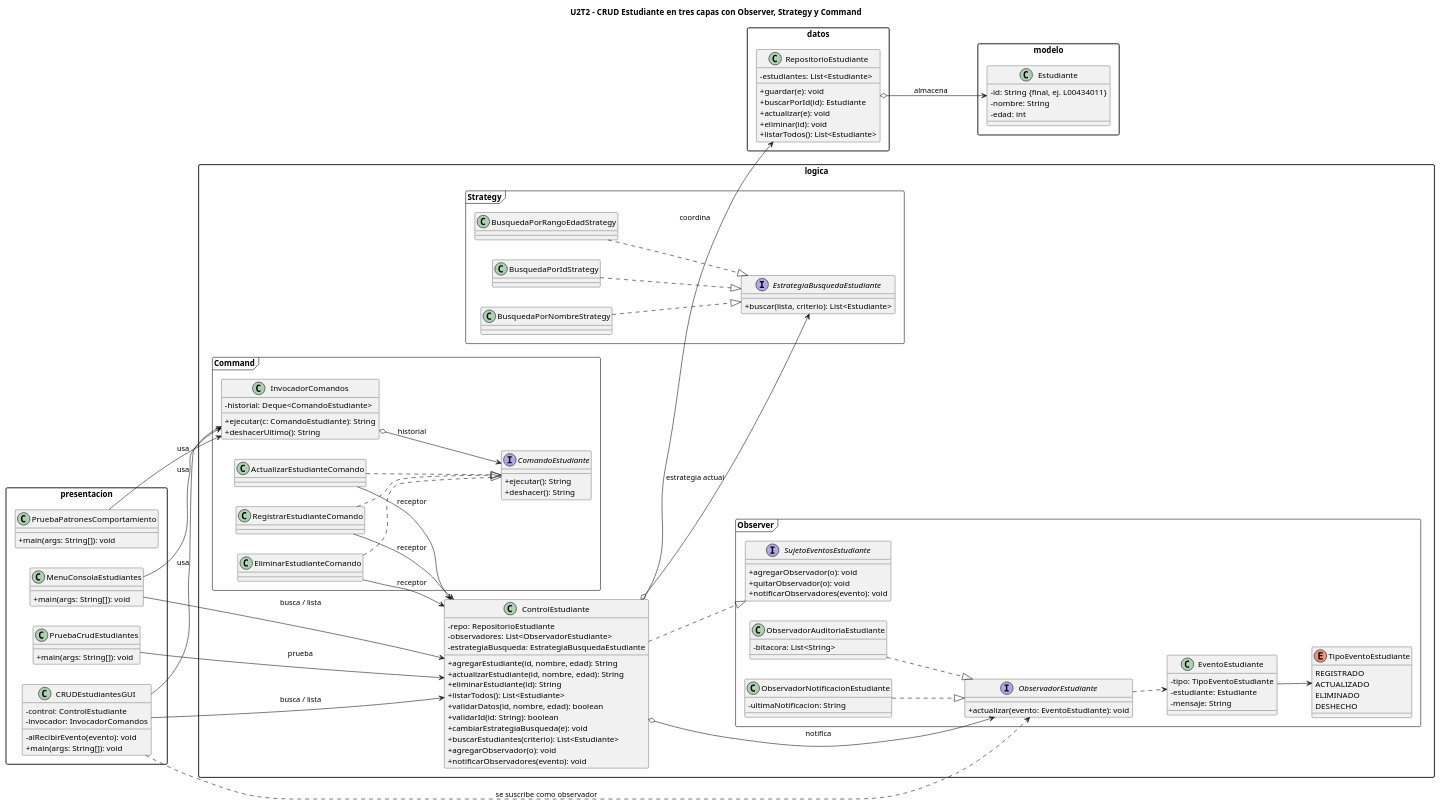
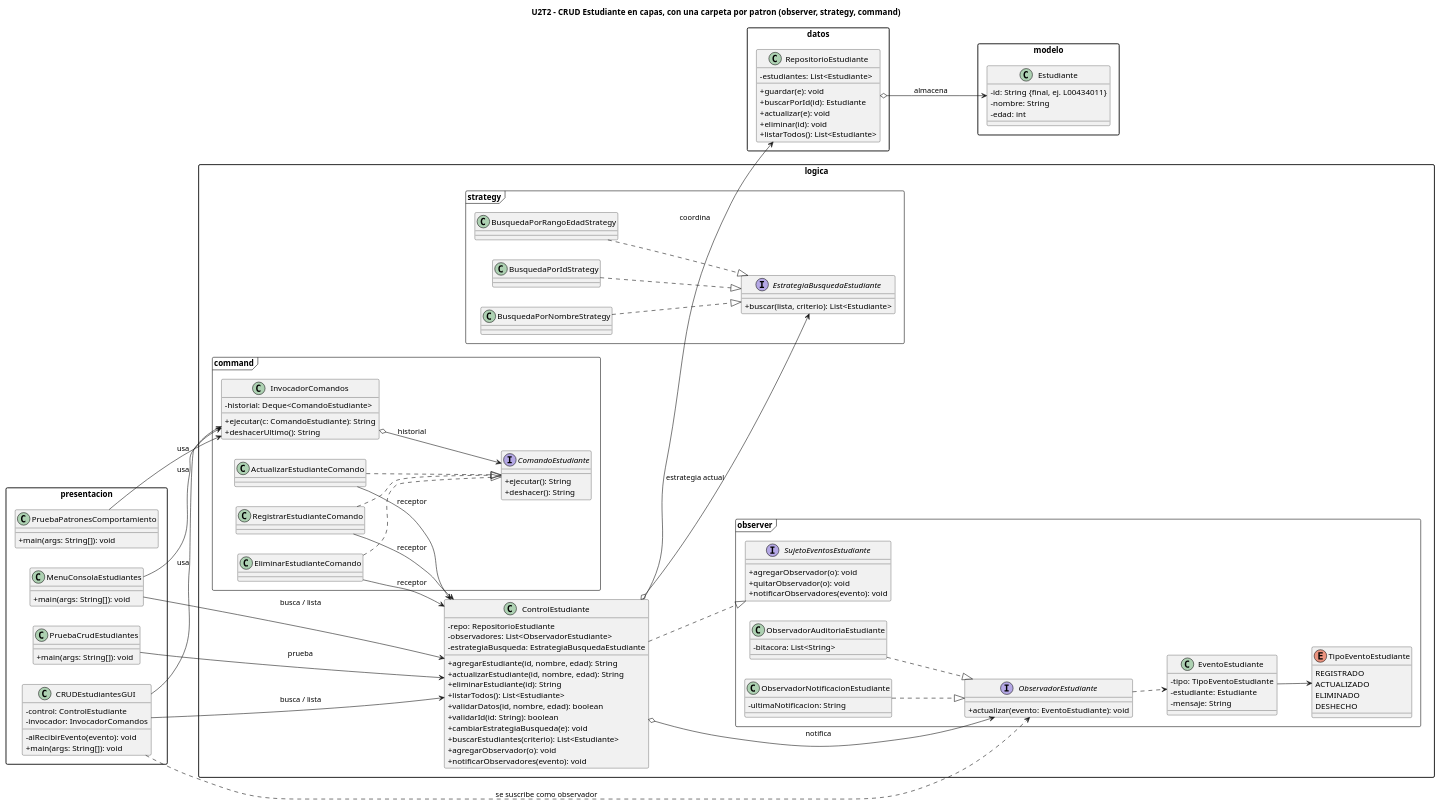
The diagram in PROYECTO/2. DISEÑOS/U2T2/diagrama_patrones_comportamiento.puml (Ricardo-lainez/RicardoLainez36838_G5_ADSW), drawn with PlantUML before and after one commit. The commit also changed 30 other files, not shown here.

Commit message:
U2T2: una carpeta por patron (observer, strategy, command) e informe actualizado

```diff
--- a/PROYECTO/2. DISEÑOS/U2T2/diagrama_patrones_comportamiento.puml
+++ b/PROYECTO/2. DISEÑOS/U2T2/diagrama_patrones_comportamiento.puml
@@ -1,149 +1,149 @@
 @startuml
-title U2T2 - CRUD Estudiante en tres capas con Observer, Strategy y Command
+title U2T2 - CRUD Estudiante en capas, con una carpeta por patron (observer, strategy, command)
 
 skinparam packageStyle rectangle
 skinparam classAttributeIconSize 0
 skinparam shadowing false
 left to right direction
 
 package "presentacion" {
   class PruebaCrudEstudiantes {
     + main(args: String[]): void
   }
   class PruebaPatronesComportamiento {
     + main(args: String[]): void
   }
   class MenuConsolaEstudiantes {
     + main(args: String[]): void
   }
   class CRUDEstudiantesGUI {
     - control: ControlEstudiante
     - invocador: InvocadorComandos
     - alRecibirEvento(evento): void
     + main(args: String[]): void
   }
 }
 
 package "logica" {
   class ControlEstudiante {
     - repo: RepositorioEstudiante
     - observadores: List<ObservadorEstudiante>
     - estrategiaBusqueda: EstrategiaBusquedaEstudiante
     + agregarEstudiante(id, nombre, edad): String
     + actualizarEstudiante(id, nombre, edad): String
     + eliminarEstudiante(id): String
     + listarTodos(): List<Estudiante>
     + validarDatos(id, nombre, edad): boolean
     + validarId(id: String): boolean
     + cambiarEstrategiaBusqueda(e): void
     + buscarEstudiantes(criterio): List<Estudiante>
     + agregarObservador(o): void
     + notificarObservadores(evento): void
   }
 
-  package "Observer" <<Frame>> {
+  package "observer" <<Frame>> {
     interface SujetoEventosEstudiante {
       + agregarObservador(o): void
       + quitarObservador(o): void
       + notificarObservadores(evento): void
     }
     interface ObservadorEstudiante {
       + actualizar(evento: EventoEstudiante): void
     }
     class ObservadorAuditoriaEstudiante {
       - bitacora: List<String>
     }
     class ObservadorNotificacionEstudiante {
       - ultimaNotificacion: String
     }
     class EventoEstudiante {
       - tipo: TipoEventoEstudiante
       - estudiante: Estudiante
       - mensaje: String
     }
     enum TipoEventoEstudiante {
       REGISTRADO
       ACTUALIZADO
       ELIMINADO
       DESHECHO
     }
   }
 
-  package "Strategy" <<Frame>> {
+  package "strategy" <<Frame>> {
     interface EstrategiaBusquedaEstudiante {
       + buscar(lista, criterio): List<Estudiante>
     }
     class BusquedaPorIdStrategy
     class BusquedaPorNombreStrategy
     class BusquedaPorRangoEdadStrategy
   }
 
-  package "Command" <<Frame>> {
+  package "command" <<Frame>> {
     interface ComandoEstudiante {
       + ejecutar(): String
       + deshacer(): String
     }
     class RegistrarEstudianteComando
     class ActualizarEstudianteComando
     class EliminarEstudianteComando
     class InvocadorComandos {
       - historial: Deque<ComandoEstudiante>
       + ejecutar(c: ComandoEstudiante): String
       + deshacerUltimo(): String
     }
   }
 }
 
 package "datos" {
   class RepositorioEstudiante {
     - estudiantes: List<Estudiante>
     + guardar(e): void
     + buscarPorId(id): Estudiante
     + actualizar(e): void
     + eliminar(id): void
     + listarTodos(): List<Estudiante>
   }
 }
 
 package "modelo" {
   class Estudiante {
     - id: String {final, ej. L00434011}
     - nombre: String
     - edad: int
   }
 }
 
 ' Capas
 PruebaCrudEstudiantes --> ControlEstudiante : prueba
 PruebaPatronesComportamiento --> InvocadorComandos : usa
 MenuConsolaEstudiantes --> InvocadorComandos : usa
 MenuConsolaEstudiantes --> ControlEstudiante : busca / lista
 CRUDEstudiantesGUI --> InvocadorComandos : usa
 CRUDEstudiantesGUI --> ControlEstudiante : busca / lista
 CRUDEstudiantesGUI ..> ObservadorEstudiante : se suscribe como observador
 ControlEstudiante --> RepositorioEstudiante : coordina
 RepositorioEstudiante o--> Estudiante : almacena
 
 ' Observer
 ControlEstudiante ..|> SujetoEventosEstudiante
 ControlEstudiante o--> ObservadorEstudiante : notifica
 ObservadorAuditoriaEstudiante ..|> ObservadorEstudiante
 ObservadorNotificacionEstudiante ..|> ObservadorEstudiante
 ObservadorEstudiante ..> EventoEstudiante
 EventoEstudiante --> TipoEventoEstudiante
 
 ' Strategy
 ControlEstudiante o--> EstrategiaBusquedaEstudiante : estrategia actual
 BusquedaPorIdStrategy ..|> EstrategiaBusquedaEstudiante
 BusquedaPorNombreStrategy ..|> EstrategiaBusquedaEstudiante
 BusquedaPorRangoEdadStrategy ..|> EstrategiaBusquedaEstudiante
 
 ' Command
 InvocadorComandos o--> ComandoEstudiante : historial
 RegistrarEstudianteComando ..|> ComandoEstudiante
 ActualizarEstudianteComando ..|> ComandoEstudiante
 EliminarEstudianteComando ..|> ComandoEstudiante
 RegistrarEstudianteComando --> ControlEstudiante : receptor
 ActualizarEstudianteComando --> ControlEstudiante : receptor
 EliminarEstudianteComando --> ControlEstudiante : receptor
 @enduml
```
